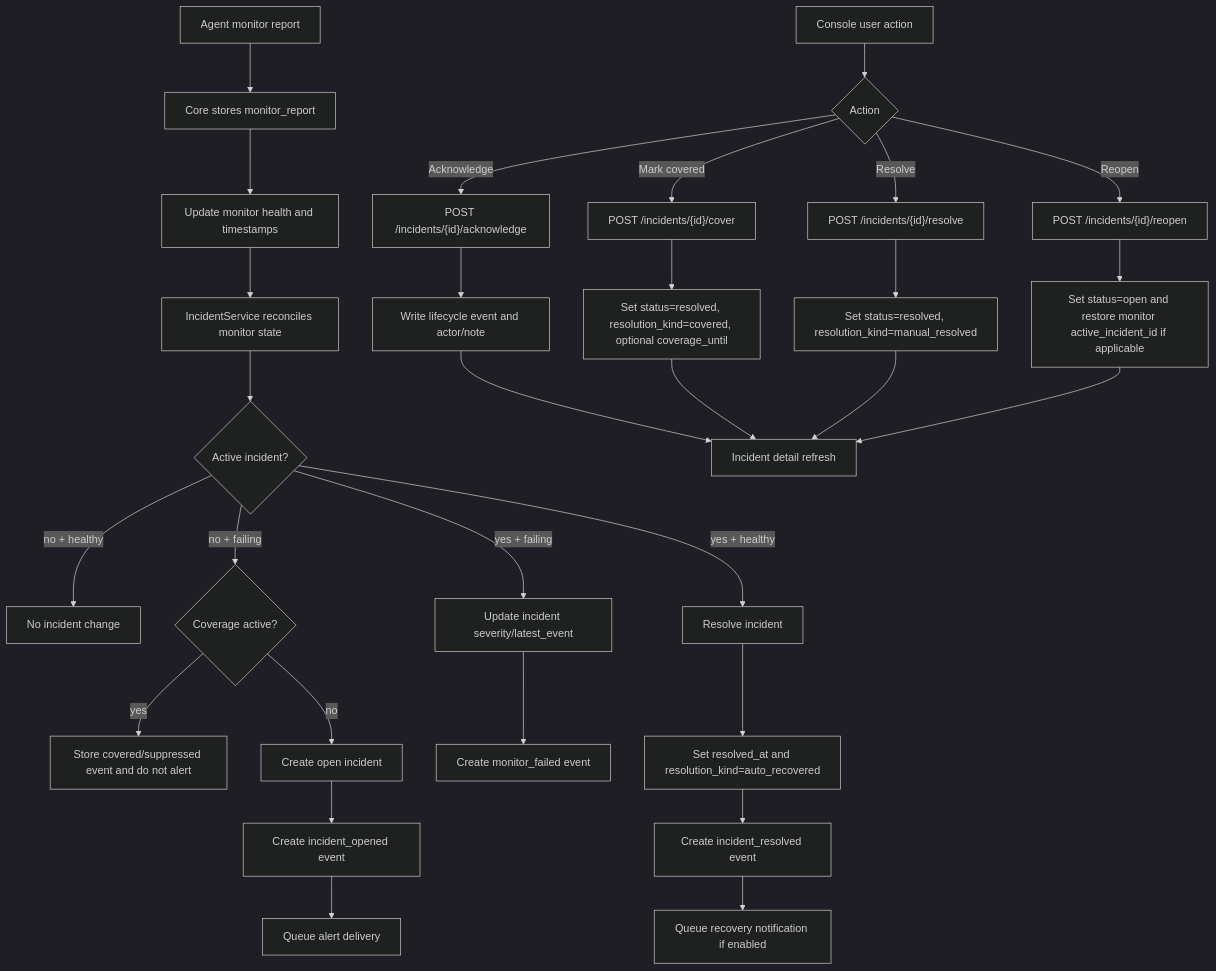
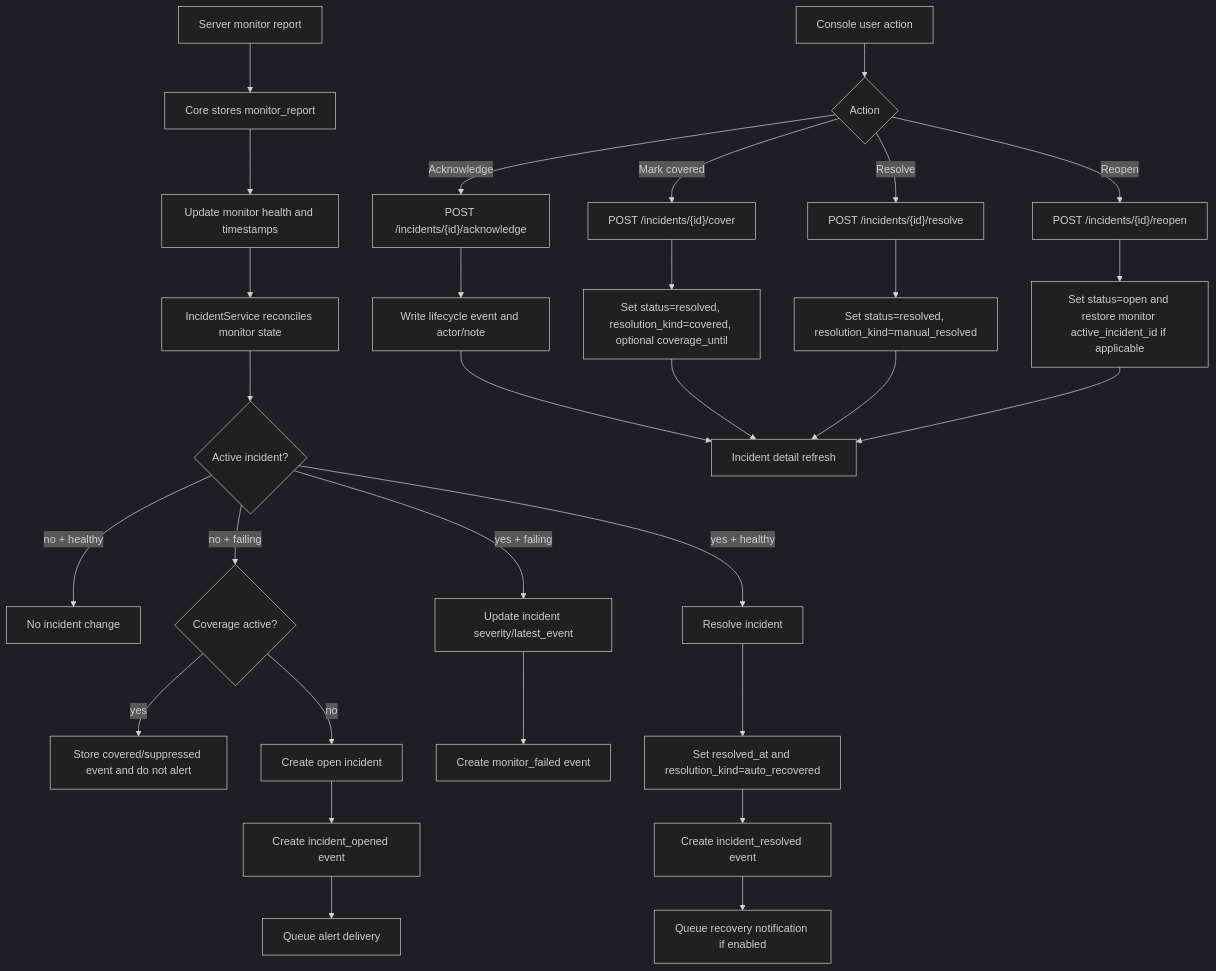
One commit to sunday-studio/orion changed the third of 3 diagrams in docs/plans/incident-detail-information-architecture.md. Above: the diagram before and after it, drawn with Mermaid (dark theme). The commit also changed other lines of this file and 72 other files, not shown here.

````diff
--- a/docs/plans/incident-detail-information-architecture.md
+++ b/docs/plans/incident-detail-information-architecture.md
@@ -223,38 +223,38 @@
 ```mermaid
 flowchart TD
-  A["Agent monitor report"] --> B["Core stores monitor_report"]
+  A["Server monitor report"] --> B["Core stores monitor_report"]
   B --> C["Update monitor health and timestamps"]
   C --> D["IncidentService reconciles monitor state"]
   D --> E{"Active incident?"}
 
   E -- "no + healthy" --> F["No incident change"]
   E -- "no + failing" --> G{"Coverage active?"}
   G -- "yes" --> H["Store covered/suppressed event and do not alert"]
   G -- "no" --> I["Create open incident"]
   I --> J["Create incident_opened event"]
   J --> K["Queue alert delivery"]
 
   E -- "yes + failing" --> L["Update incident severity/latest_event"]
   L --> M["Create monitor_failed event"]
 
   E -- "yes + healthy" --> N["Resolve incident"]
   N --> O["Set resolved_at and resolution_kind=auto_recovered"]
   O --> P["Create incident_resolved event"]
   P --> Q["Queue recovery notification if enabled"]
 
   R["Console user action"] --> S{"Action"}
   S -- "Acknowledge" --> T["POST /incidents/{id}/acknowledge"]
   S -- "Mark covered" --> U["POST /incidents/{id}/cover"]
   S -- "Resolve" --> V["POST /incidents/{id}/resolve"]
   S -- "Reopen" --> W["POST /incidents/{id}/reopen"]
 
   T --> X["Write lifecycle event and actor/note"]
   U --> Y["Set status=resolved, resolution_kind=covered, optional coverage_until"]
   V --> Z["Set status=resolved, resolution_kind=manual_resolved"]
   W --> AA["Set status=open and restore monitor active_incident_id if applicable"]
 
   X --> AB["Incident detail refresh"]
   Y --> AB
   Z --> AB
   AA --> AB
 ```
````
